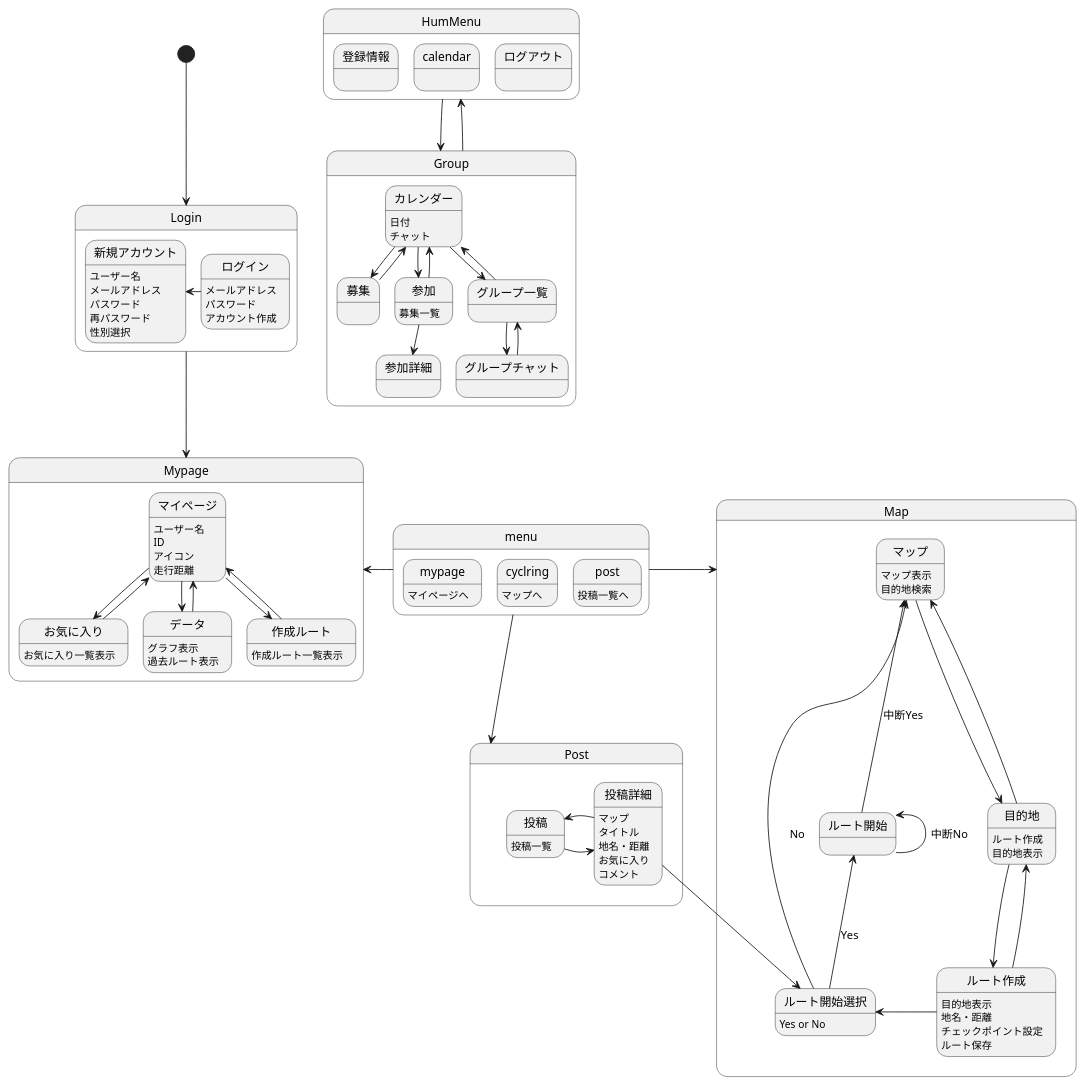
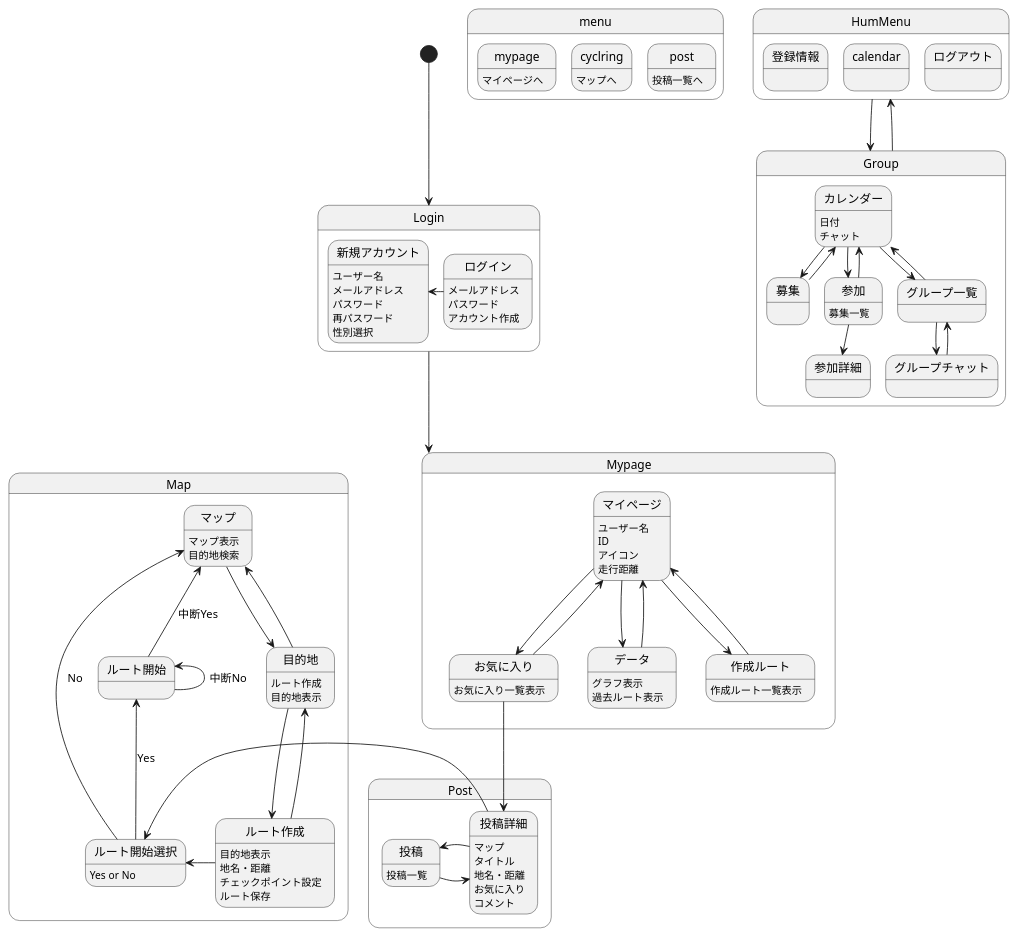
Before and after one commit to AsoSD3A3/CyclingSystem: the diagram in 画面遷移図/gm.md, drawn with PlantUML.

````diff
--- a/画面遷移図/gm.md
+++ b/画面遷移図/gm.md
@@ -31,10 +31,6 @@
 参加:募集一覧
 参加-->参加詳細
 }
-
-menu-left->Mypage
-menu-right->Map
-menu-down->Post
 
 [*]-down->Login
 state Login{
@@ -104,8 +100,10 @@
 投稿詳細:地名・距離
 投稿詳細:お気に入り
 投稿詳細:コメント
+}
+
+お気に入り-->投稿詳細
 投稿詳細-right->ルート開始選択
-}
 
 @enduml
 ```
````
